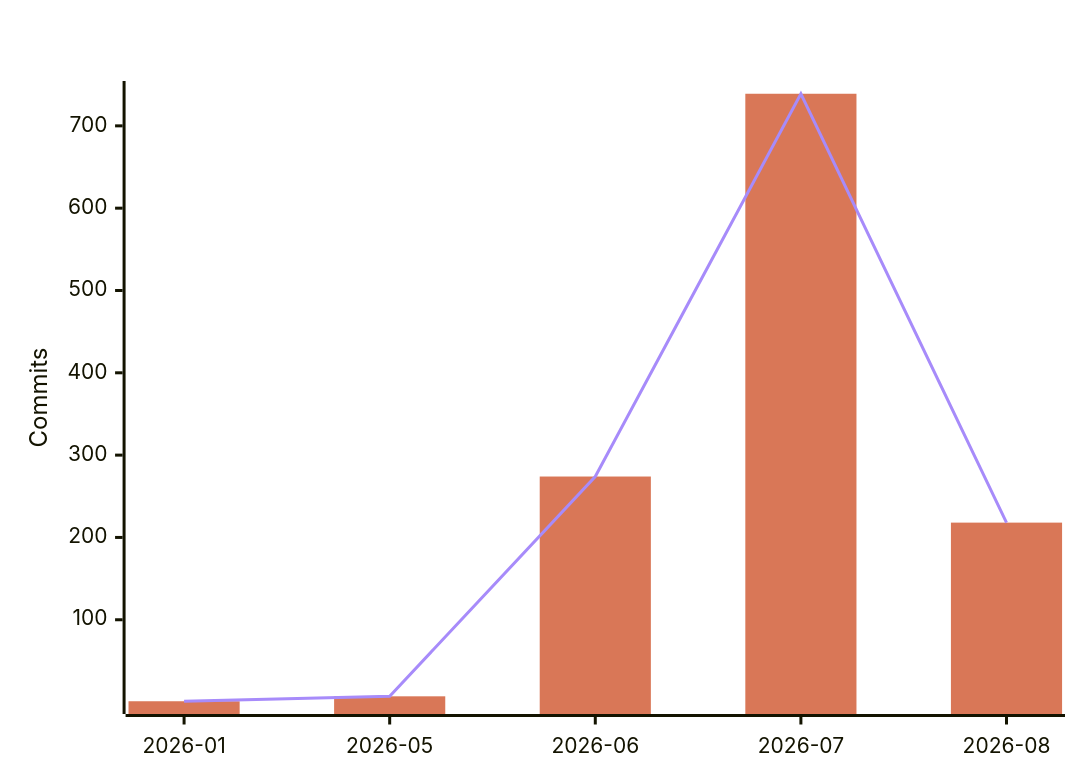
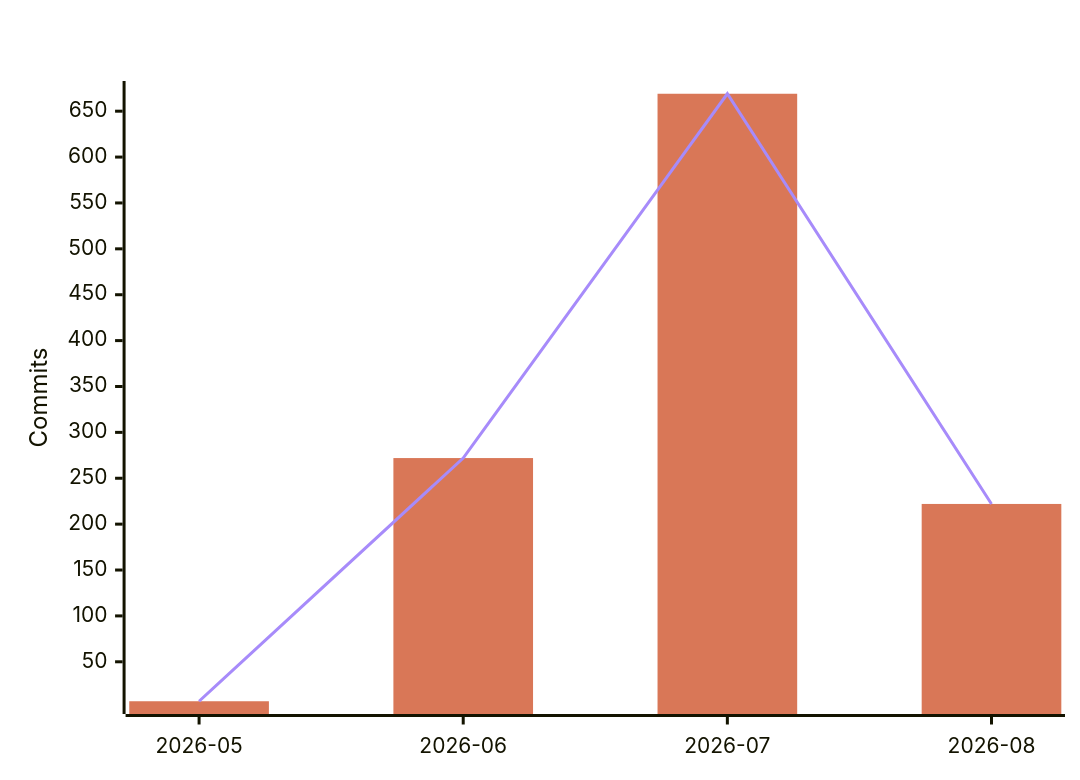
Before and after one commit to polo-nyan/polo-nyan: the fourth of 7 diagrams in README.md, drawn with Mermaid. The commit also changed other lines of this file and 1 other file, not shown here.

````diff
--- a/README.md
+++ b/README.md
@@ -294,9 +294,9 @@
 ```mermaid
 %%{init: {"xyChart": {"titleColor": "#ffffff", "xAxisLabelColor": "#ffffff", "yAxisLabelColor": "#ffffff"}, "themeVariables": {"xyChart": {"titleColor": "#ffffff", "plotColorPalette": "#d97757, #a78bfa"}}}}%%
 xychart-beta
     title "AI-Assisted Commits Per Month"
-    x-axis ["2026-01", "2026-05", "2026-06", "2026-07", "2026-08"]
+    x-axis ["2026-05", "2026-06", "2026-07", "2026-08"]
     y-axis "Commits"
-    bar [1, 7, 274, 739, 218]
-    line [1, 7, 274, 739, 218]
+    bar [7, 272, 669, 222]
+    line [7, 272, 669, 222]
 ```
````
